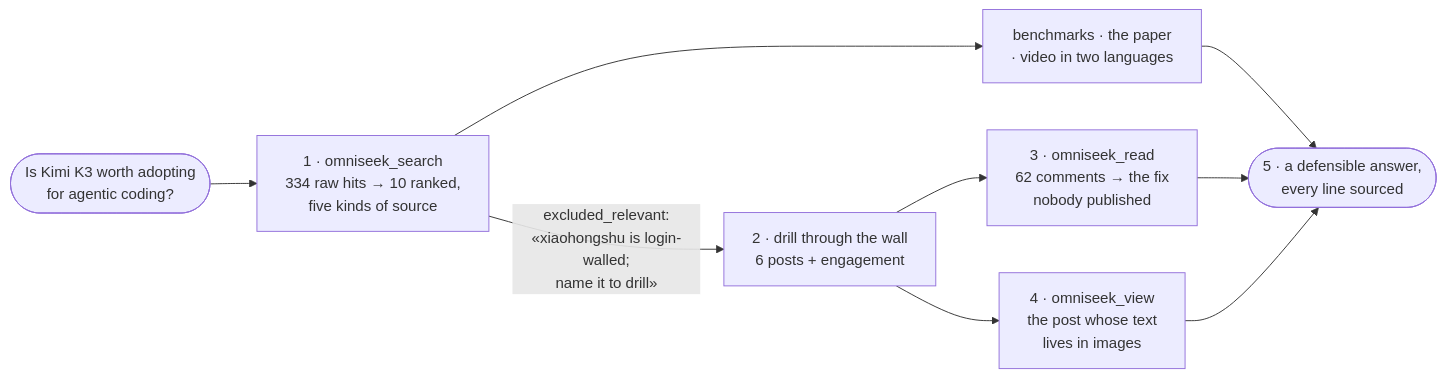
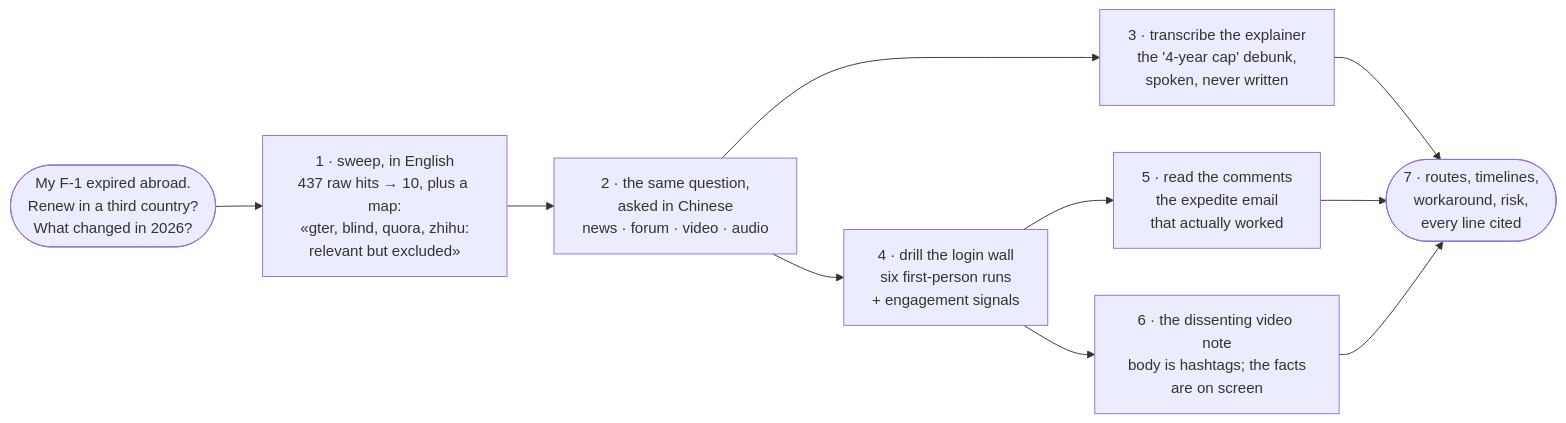
Before and after one commit to Battam1111/omniseek: the first of 2 diagrams in docs/examples.md, drawn with Mermaid. The commit also changed other lines of this file and 112 other files, not shown here.

````diff
--- a/docs/examples.md
+++ b/docs/examples.md
@@ -17,11 +17,12 @@
 ```mermaid
 flowchart LR
-    Q(["Is Kimi K3 worth adopting<br/>for agentic coding?"]) --> S["1 · omniseek_search<br/>334 raw hits → 10 ranked,<br/>five kinds of source"]
-    S --> B["benchmarks · the paper<br/>· video in two languages"]
-    S -- "excluded_relevant:<br/>«xiaohongshu is login-walled;<br/>name it to drill»" --> D["2 · drill through the wall<br/>6 posts + engagement"]
-    D --> C["3 · omniseek_read<br/>62 comments → the fix<br/>nobody published"]
-    D --> V["4 · omniseek_view<br/>the post whose text<br/>lives in images"]
-    B --> A(["5 · a defensible answer,<br/>every line sourced"])
+    Q(["My F-1 expired abroad.<br/>Renew in a third country?<br/>What changed in 2026?"]) --> S["1 · sweep, in English<br/>437 raw hits → 10, plus a map:<br/>«gter, blind, quora, zhihu:<br/>relevant but excluded»"]
+    S --> S2["2 · the same question,<br/>asked in Chinese<br/>news · forum · video · audio"]
+    S2 --> T["3 · transcribe the explainer<br/>the '4-year cap' debunk,<br/>spoken, never written"]
+    S2 --> D["4 · drill the login wall<br/>six first-person runs<br/>+ engagement signals"]
+    D --> C["5 · read the comments<br/>the expedite email<br/>that actually worked"]
+    D --> V["6 · the dissenting video note<br/>body is hashtags; the facts<br/>are on screen"]
+    T --> A(["7 · routes, timelines,<br/>workaround, risk,<br/>every line cited"])
     C --> A
     V --> A
 ```
````
